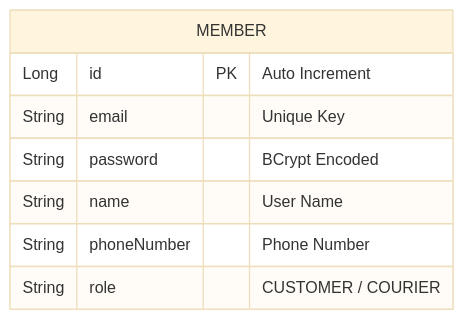
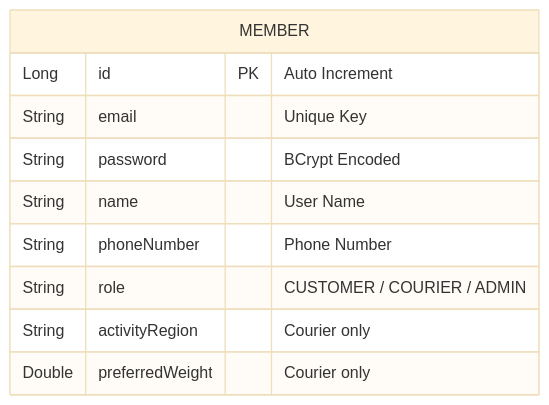
One commit to ShinhanDSProject/shinhan-delivery changed the diagram in docs/design/member-auth-design.md. Above: the diagram before and after it, drawn with Mermaid (base theme). The commit also changed other lines of this file and 24 other files, not shown here.

````diff
--- a/docs/design/member-auth-design.md
+++ b/docs/design/member-auth-design.md
@@ -22,11 +23,13 @@
 ```mermaid
 erDiagram
     MEMBER {
         Long id PK "Auto Increment"
         String email "Unique Key"
         String password "BCrypt Encoded"
         String name "User Name"
         String phoneNumber "Phone Number"
-        String role "CUSTOMER / COURIER"
+        String role "CUSTOMER / COURIER / ADMIN"
+        String activityRegion "Courier only"
+        Double preferredWeight "Courier only"
     }
 ```
````
